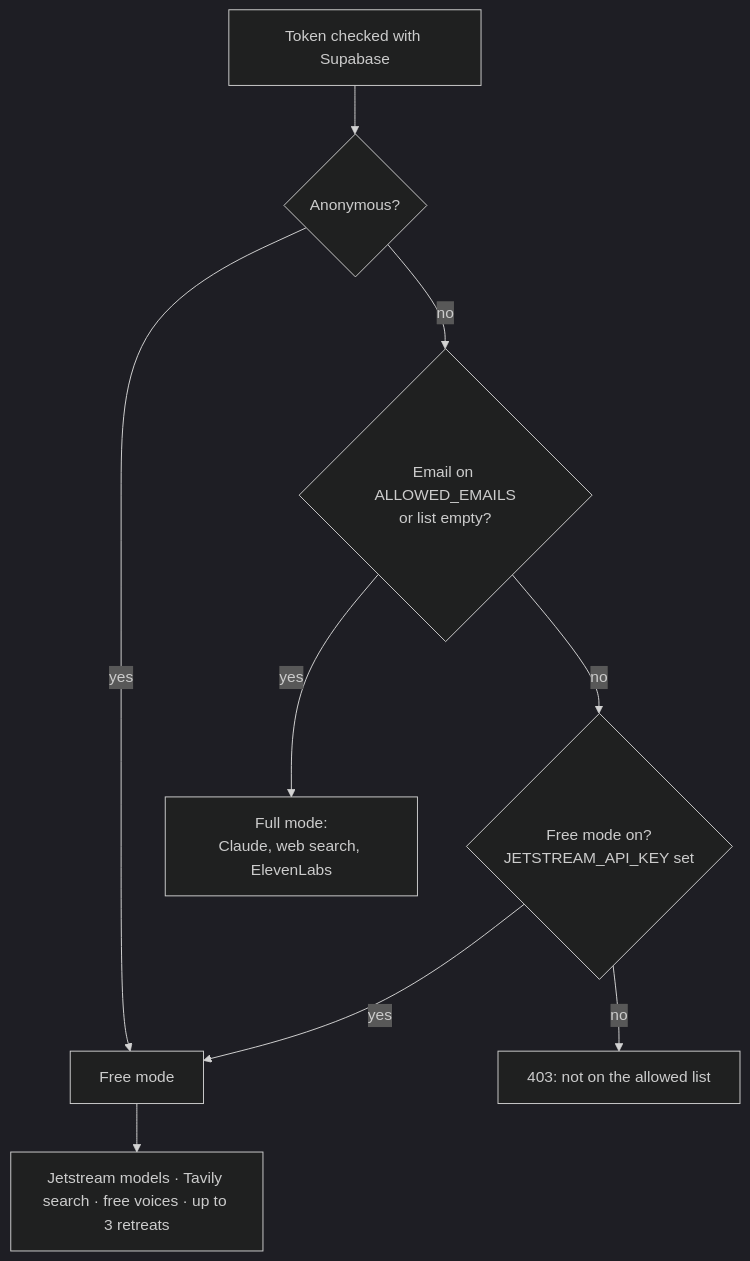
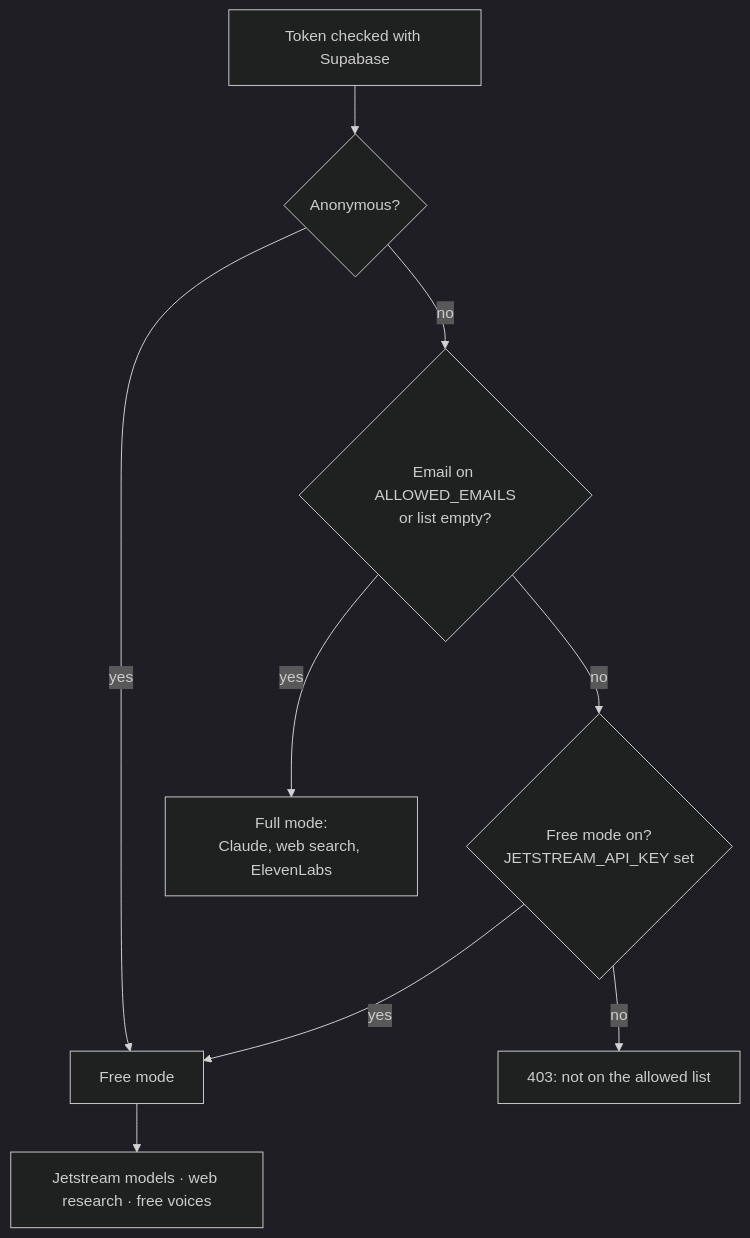
One commit to bcollier/ignatius-hw4-api changed the ninth of 21 diagrams in docs/ARCHITECTURE.md. Above: the diagram before and after it, drawn with Mermaid (dark theme). The commit also changed other lines of this file and 5 other files, not shown here.

````diff
--- a/docs/ARCHITECTURE.md
+++ b/docs/ARCHITECTURE.md
@@ -414,11 +414,11 @@
 ```mermaid
 flowchart TD
     T["Token checked with Supabase"] --> A{Anonymous?}
     A -- yes --> F["Free mode"]
     A -- no --> E{Email on ALLOWED_EMAILS<br/>or list empty?}
     E -- yes --> FULL["Full mode:<br/>Claude, web search, ElevenLabs"]
     E -- no --> FM{Free mode on?<br/>JETSTREAM_API_KEY set}
     FM -- yes --> F
     FM -- no --> X["403: not on the allowed list"]
-    F --> FL["Jetstream models · Tavily search · free voices · up to 3 retreats"]
+    F --> FL["Jetstream models · web research · free voices"]
 ```
````
